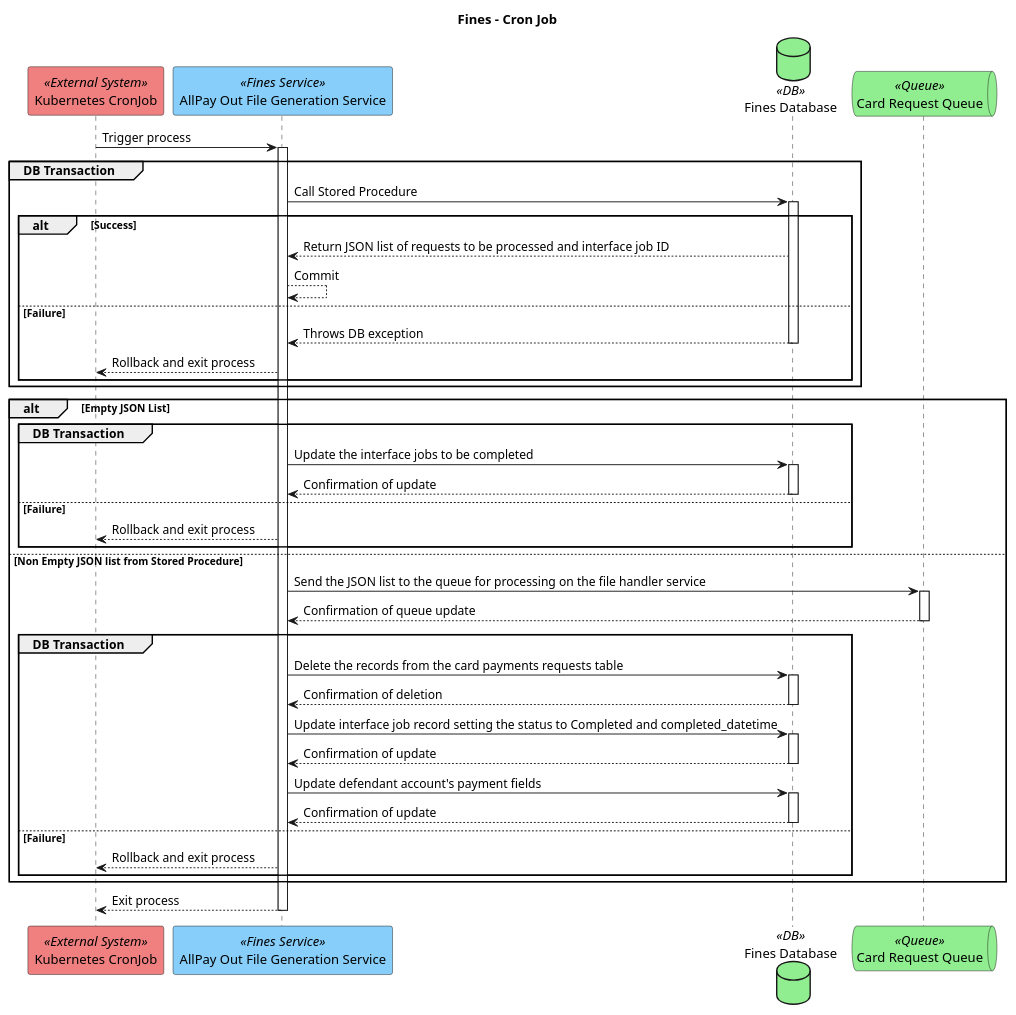
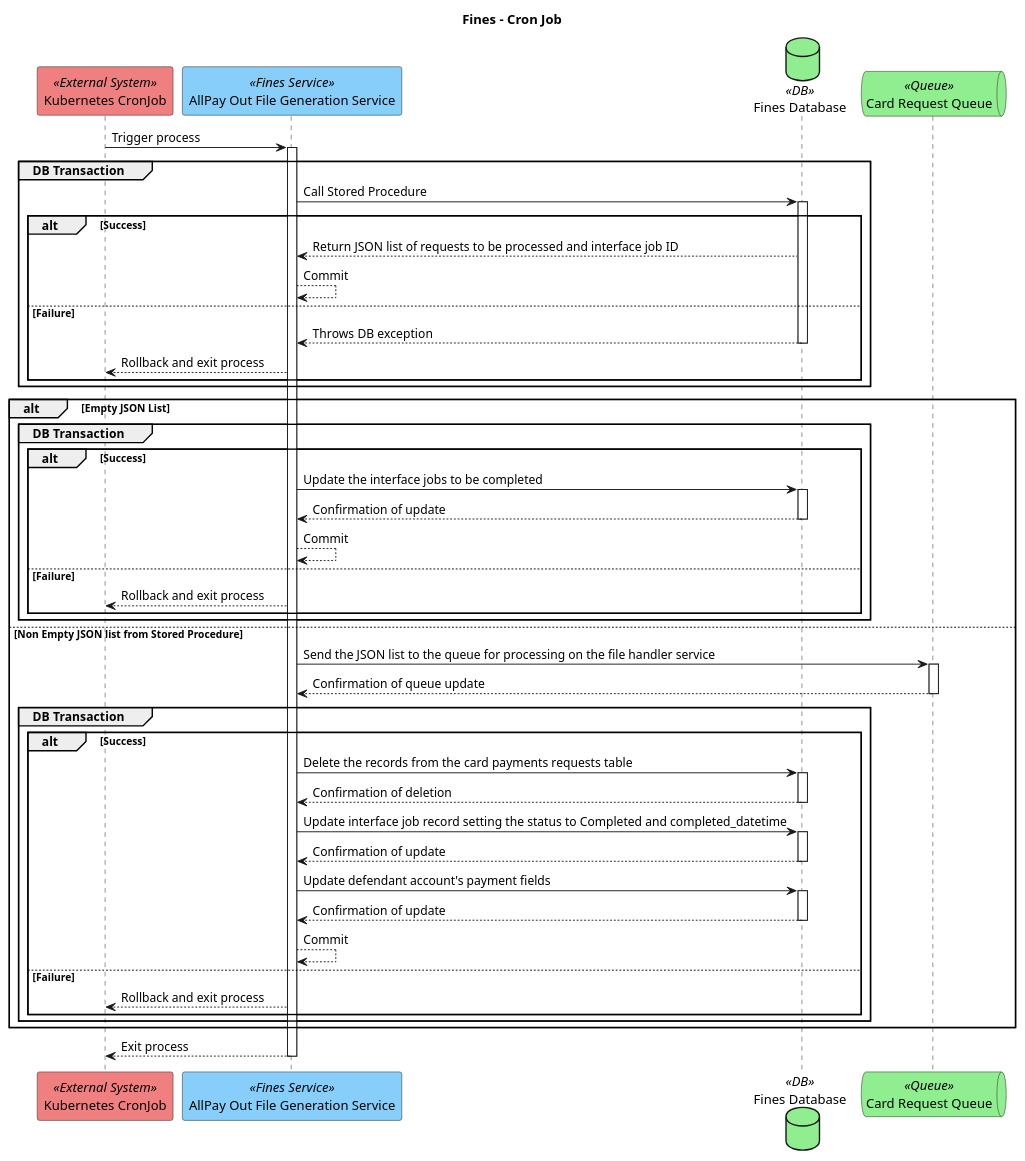
One commit to hmcts/opal-docs changed the diagram in plantUML/external-interfaces/ei7-cron-job.puml. Above: the diagram before and after it, drawn with PlantUML. The commit also changed 1 other file, not shown here.

```diff
--- a/plantUML/external-interfaces/ei7-cron-job.puml
+++ b/plantUML/external-interfaces/ei7-cron-job.puml
@@ -1,41 +1,47 @@
 @startuml
 title "Fines - Cron Job"
 participant "Kubernetes CronJob" as cronjob <<External System>> #LightCoral
 participant "AllPay Out File Generation Service" as finesService <<Fines Service>> #LightSkyBlue
 database "Fines Database" as finesDb <<DB>> #LightGreen
 queue "Card Request Queue" as cardRequestQueue <<Queue>> #lightgreen
 
 cronjob -> finesService ++ : Trigger process
 group DB Transaction
     finesService -> finesDb ++ : Call Stored Procedure
     alt Success
         finesDb --> finesService : Return JSON list of requests to be processed and interface job ID
         finesService --> finesService : Commit
     else Failure
         finesDb --> finesService -- : Throws DB exception
         finesService --> cronjob : Rollback and exit process
     end
 end
 alt Empty JSON List
     group DB Transaction
-        finesService -> finesDb ++ : Update the interface jobs to be completed
-        finesDb --> finesService -- : Confirmation of update
-    else Failure
-        finesService --> cronjob : Rollback and exit process
+        alt Success
+            finesService -> finesDb ++ : Update the interface jobs to be completed
+            finesDb --> finesService -- : Confirmation of update
+            finesService --> finesService : Commit
+        else Failure
+            finesService --> cronjob : Rollback and exit process
+        end
     end
 else Non Empty JSON list from Stored Procedure
     finesService -> cardRequestQueue ++ : Send the JSON list to the queue for processing on the file handler service
     cardRequestQueue --> finesService -- : Confirmation of queue update
     group DB Transaction
-        finesService -> finesDb ++ : Delete the records from the card payments requests table
-        finesDb --> finesService -- : Confirmation of deletion
-        finesService -> finesDb ++ : Update interface job record setting the status to Completed and completed_datetime
-        finesDb --> finesService -- : Confirmation of update
-        finesService -> finesDb ++ : Update defendant account's payment fields
-        finesDb --> finesService -- : Confirmation of update
-    else Failure
-        finesService --> cronjob : Rollback and exit process
+        alt Success
+            finesService -> finesDb ++ : Delete the records from the card payments requests table
+            finesDb --> finesService -- : Confirmation of deletion
+            finesService -> finesDb ++ : Update interface job record setting the status to Completed and completed_datetime
+            finesDb --> finesService -- : Confirmation of update
+            finesService -> finesDb ++ : Update defendant account's payment fields
+            finesDb --> finesService -- : Confirmation of update
+            finesService --> finesService : Commit
+        else Failure
+            finesService --> cronjob : Rollback and exit process
+        end
     end
 end
 finesService --> cronjob -- : Exit process
 @enduml
```
